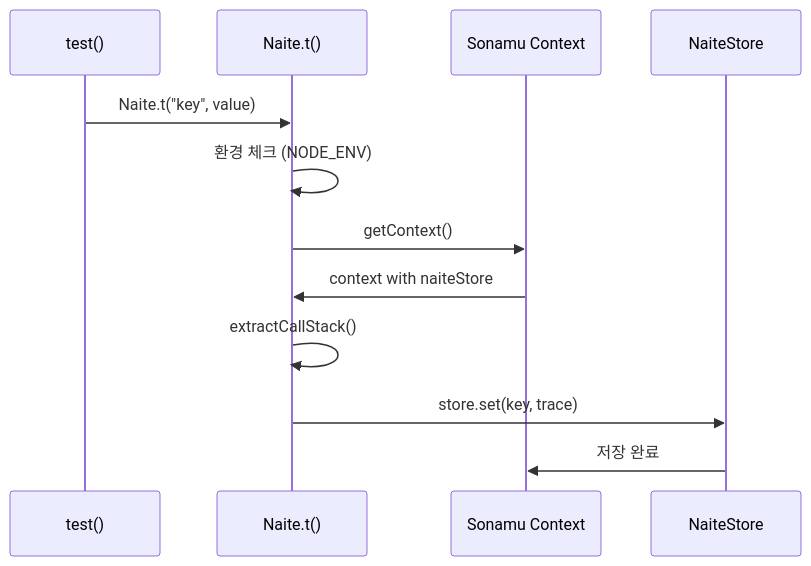
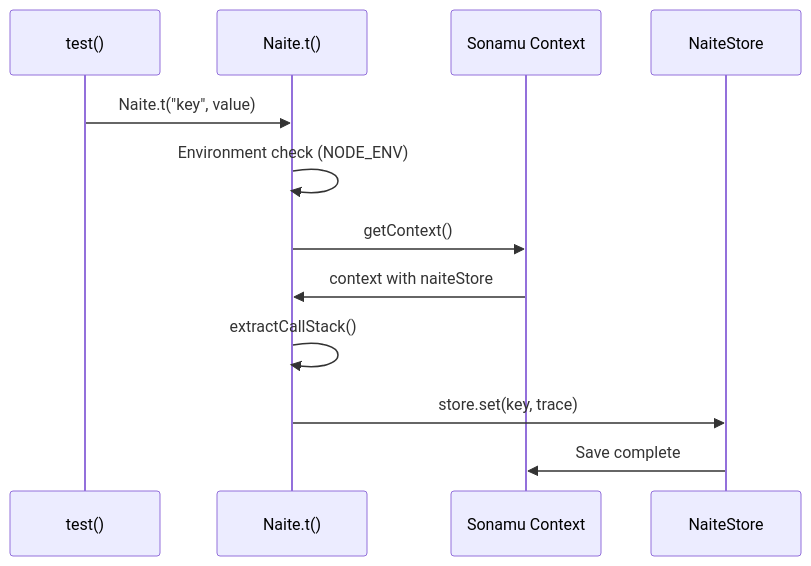
One commit to cartanova-ai/sonamu changed the first of 3 diagrams in modules/docs/en/testing/naite/what-is-naite.mdx. Above: the diagram before and after it, drawn with Mermaid. The commit also changed other lines of this file and 86 other files, not shown here.

````diff
--- a/modules/docs/en/testing/naite/what-is-naite.mdx
+++ b/modules/docs/en/testing/naite/what-is-naite.mdx
@@ -426,15 +426,15 @@
 ```mermaid
 sequenceDiagram
     participant Test as test()
     participant Naite as Naite.t()
     participant Context as Sonamu Context
     participant Store as NaiteStore
 
     Test->>Naite: Naite.t("key", value)
-    Naite->>Naite: 환경 체크 (NODE_ENV)
+    Naite->>Naite: Environment check (NODE_ENV)
     Naite->>Context: getContext()
     Context->>Naite: context with naiteStore
     Naite->>Naite: extractCallStack()
     Naite->>Store: store.set(key, trace)
-    Store->>Context: 저장 완료
+    Store->>Context: Save complete
 ```
````
